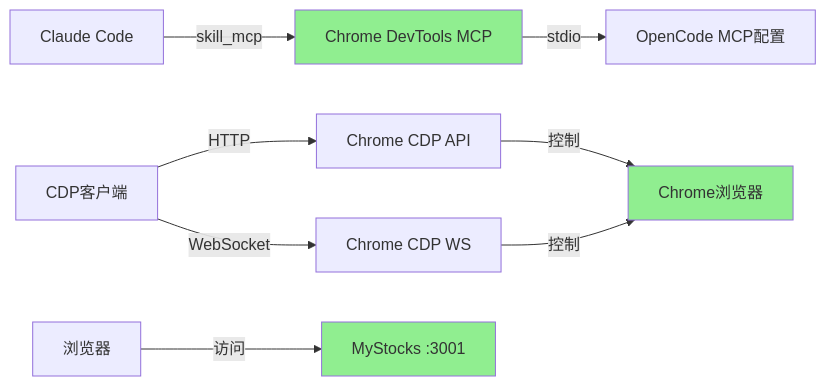
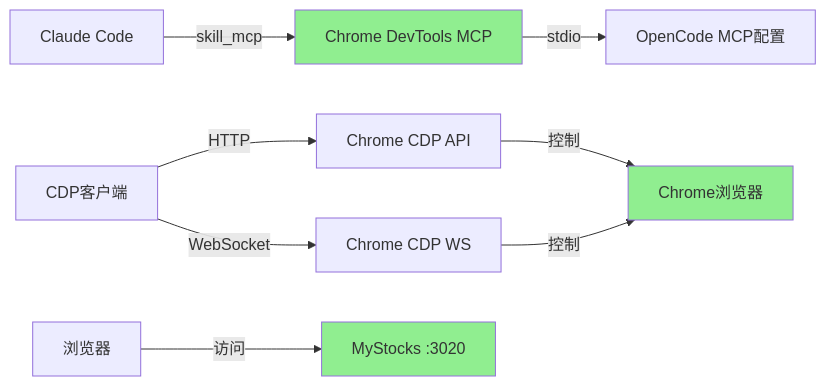
The diagram in docs/guides/CHROME_DEVTOOLS_MCP_FIX_GUIDE.md (chengjon/mystocks), drawn with Mermaid before and after one commit. The commit also changed other lines of this file and 640 other files, not shown here.

````diff
--- a/docs/guides/CHROME_DEVTOOLS_MCP_FIX_GUIDE.md
+++ b/docs/guides/CHROME_DEVTOOLS_MCP_FIX_GUIDE.md
@@ -754,17 +754,17 @@
 ```mermaid
 graph LR
     A[Claude Code] -->|skill_mcp| B[Chrome DevTools MCP]
     B -->|stdio| C[OpenCode MCP配置]
     
     D[CDP客户端] -->|HTTP| E[Chrome CDP API]
     D -->|WebSocket| F[Chrome CDP WS]
     
     E -->|控制| G[Chrome浏览器]
     F -->|控制| G
     
-    H[浏览器] -->|访问| I[MyStocks :3001]
+    H[浏览器] -->|访问| I[MyStocks :3020]
     
     style B fill:#90EE90
     style G fill:#90EE90
     style I fill:#90EE90
 ```
````
